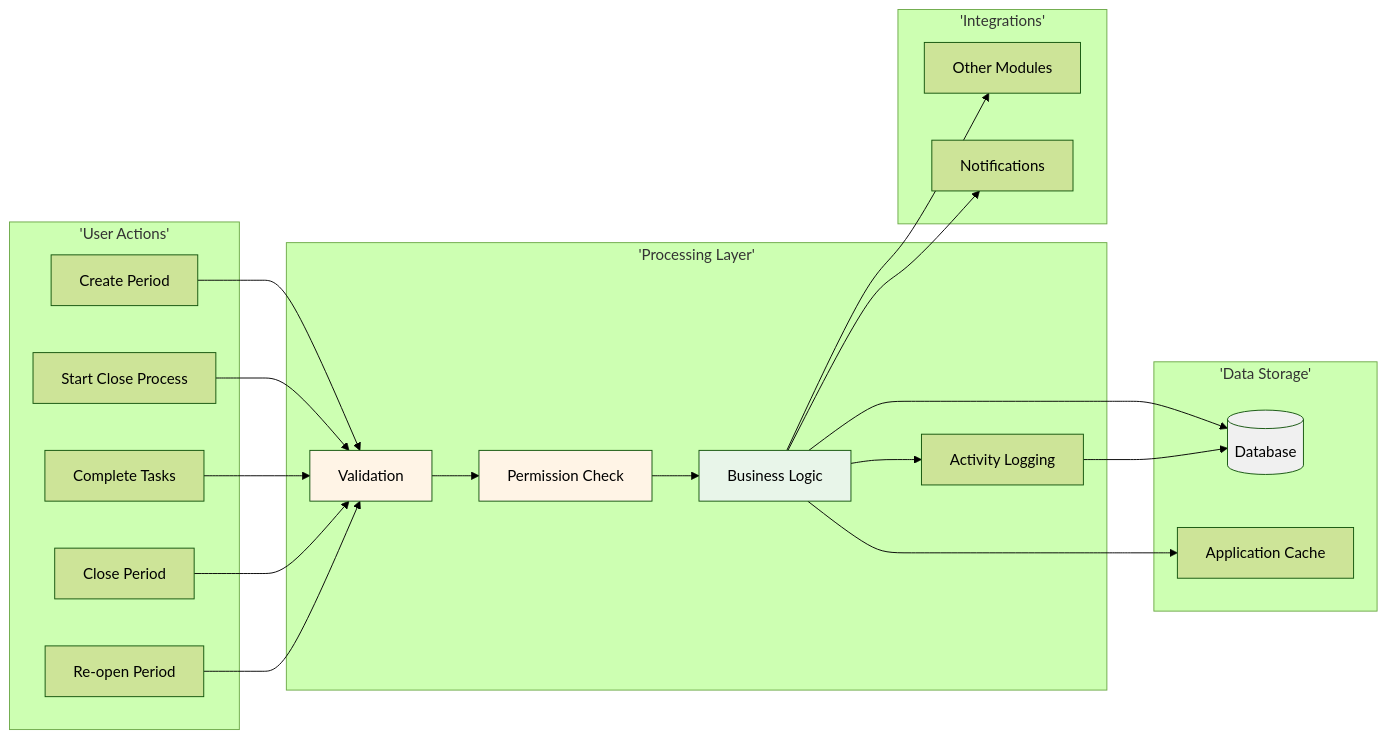
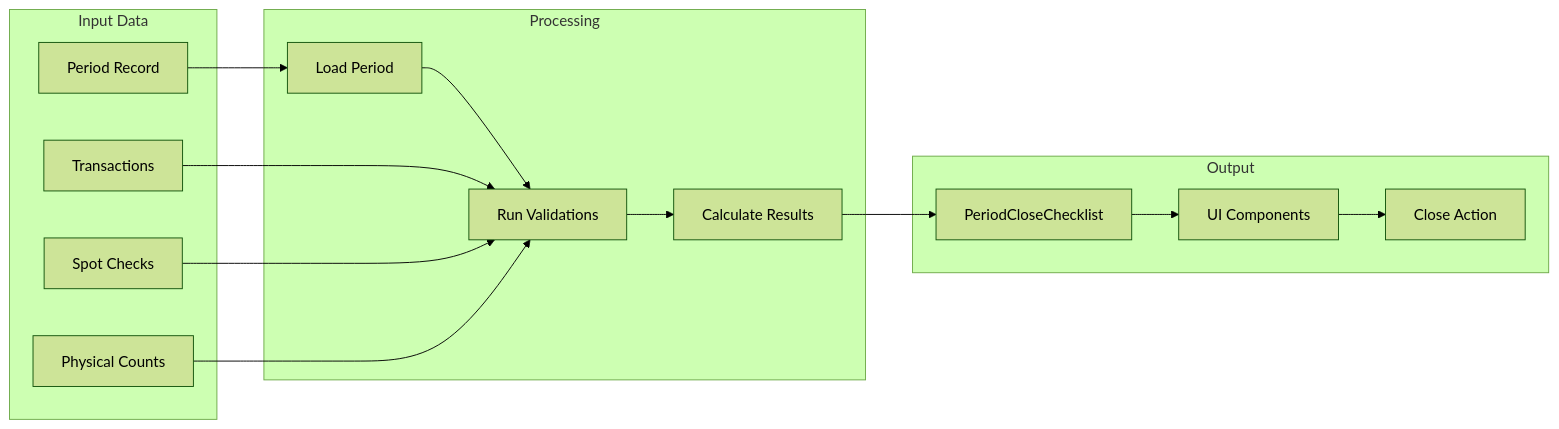
Before and after one commit to PeakMNA/carmen: the tenth of 10 diagrams in docs/app/inventory-management/period-end/FD-period-end.md, drawn with Mermaid (forest theme). The commit also changed other lines of this file and 473 other files, not shown here.

````diff
--- a/docs/app/inventory-management/period-end/FD-period-end.md
+++ b/docs/app/inventory-management/period-end/FD-period-end.md
@@ -104,48 +305,33 @@
 ```mermaid
 graph LR
-    subgraph 'User Actions'
-        U1[Create Period]
-        U2[Start Close Process]
-        U3[Complete Tasks]
-        U4[Close Period]
-        U5[Re-open Period]
+    subgraph Input Data
+        PERIOD[Period Record]
+        TXN[Transactions]
+        SC[Spot Checks]
+        PC[Physical Counts]
     end
 
-    subgraph 'Processing Layer'
-        V[Validation]
-        P[Permission Check]
-        BL[Business Logic]
-        AL[Activity Logging]
+    subgraph Processing
+        LOAD[Load Period]
+        VAL[Run Validations]
+        CALC[Calculate Results]
     end
 
-    subgraph 'Data Storage'
-        DB[(Database)]
-        CACHE[Application Cache]
+    subgraph Output
+        CHECKLIST[PeriodCloseChecklist]
+        UI[UI Components]
+        ACTION[Close Action]
     end
 
-    subgraph 'Integrations'
-        MOD[Other Modules]
-        NOTIF[Notifications]
-    end
+    PERIOD --> LOAD
+    LOAD --> VAL
 
-    U1 --> V
-    U2 --> V
-    U3 --> V
-    U4 --> V
-    U5 --> V
+    TXN --> VAL
+    SC --> VAL
+    PC --> VAL
 
-    V --> P
-    P --> BL
-    BL --> DB
-    BL --> AL
-    BL --> CACHE
-    BL --> MOD
-    BL --> NOTIF
-
-    AL --> DB
-
-    style V fill:#fff4e6
-    style P fill:#fff4e6
-    style BL fill:#e8f5e9
-    style DB fill:#f0f0f0
+    VAL --> CALC
+    CALC --> CHECKLIST
+    CHECKLIST --> UI
+    UI --> ACTION
 ```
````
